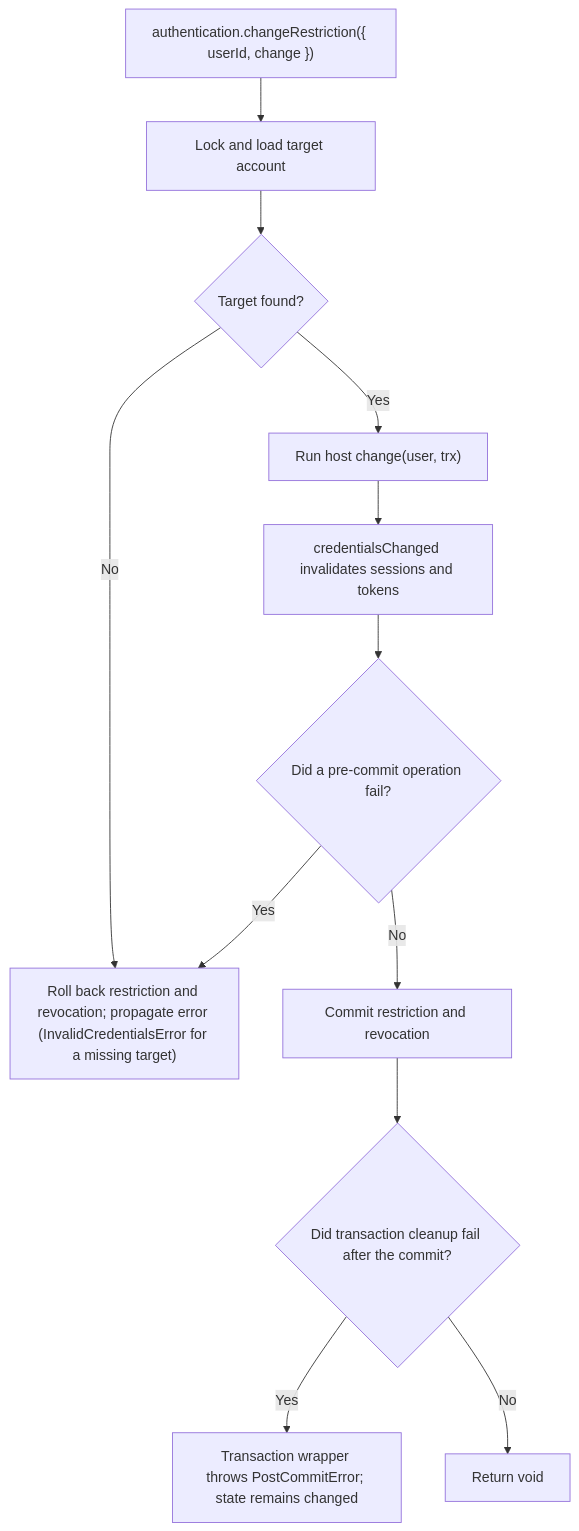
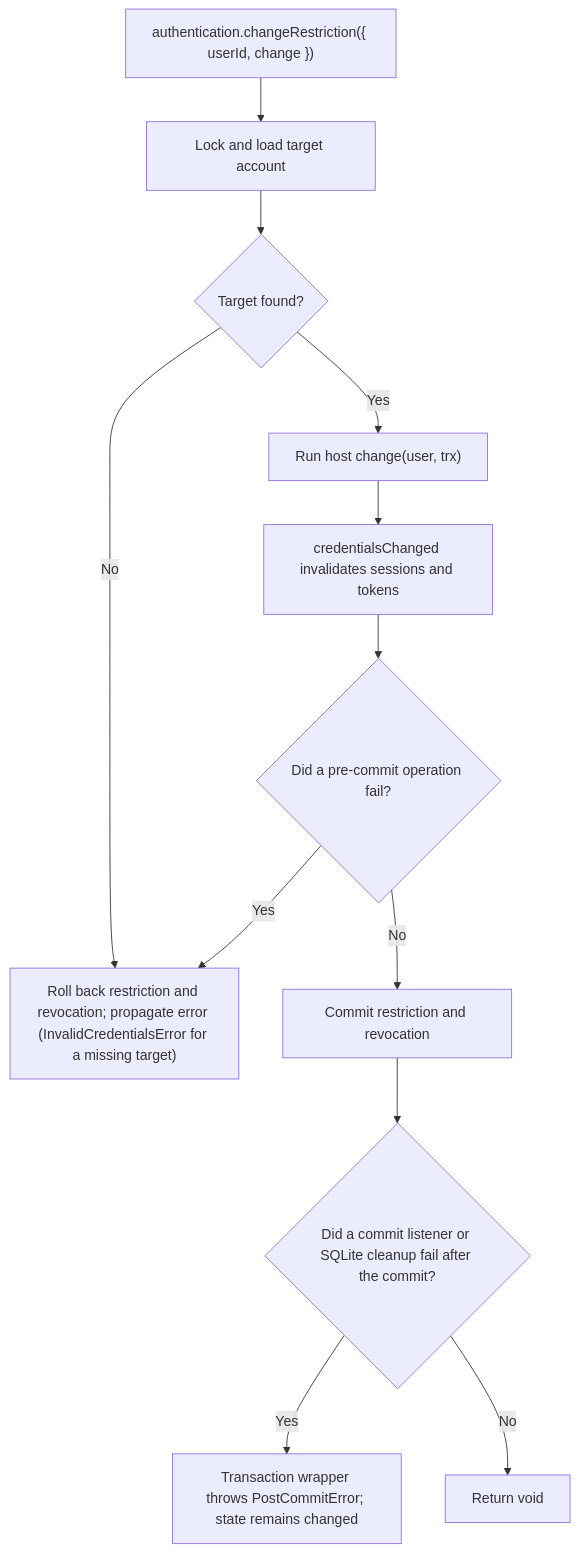
Before and after one commit to Kevinjohn/oss-adonisjs-account-kit: the second of 2 diagrams in user-stories/US-ACCOUNT-43-change-account-restriction.md, drawn with Mermaid. The commit also changed other lines of this file and 9 other files, not shown here.

````diff
--- a/user-stories/US-ACCOUNT-43-change-account-restriction.md
+++ b/user-stories/US-ACCOUNT-43-change-account-restriction.md
@@ -34,14 +34,14 @@
 ```mermaid
 flowchart TD
  A["authentication.changeRestriction({ userId, change })"] --> B["Lock and load target account"]
  B --> B1{"Target found?"}
  B1 -->|No| F
  B1 -->|Yes| C["Run host change(user, trx)"]
  C --> D["credentialsChanged invalidates sessions and tokens"]
  D --> E{"Did a pre-commit operation fail?"}
  E -->|Yes| F["Roll back restriction and revocation; propagate error (InvalidCredentialsError for a missing target)"]
  E -->|No| G["Commit restriction and revocation"]
- G --> H{"Did transaction cleanup fail after the commit?"}
+ G --> H{"Did a commit listener or SQLite cleanup fail after the commit?"}
  H -->|Yes| I["Transaction wrapper throws PostCommitError; state remains changed"]
  H -->|No| J["Return void"]
 ```
````
